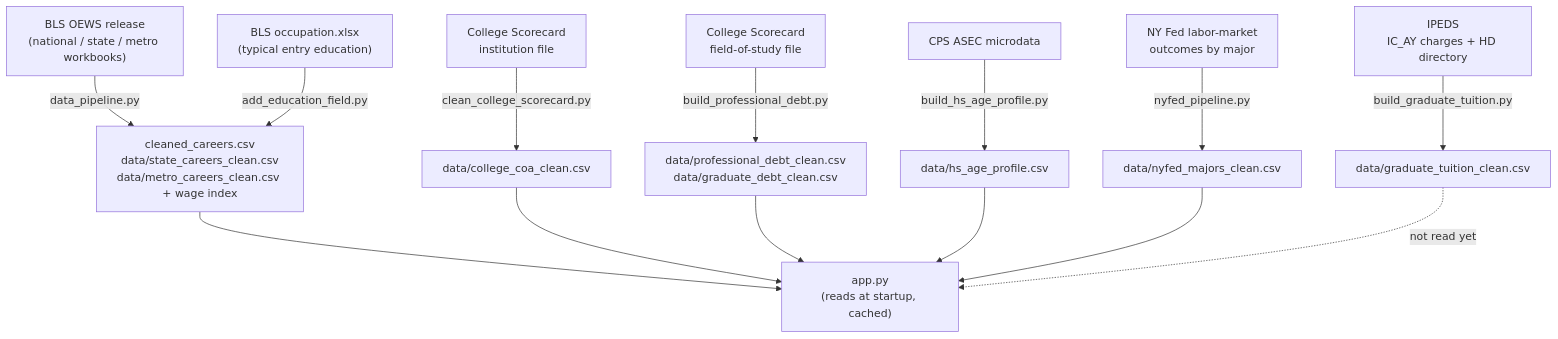
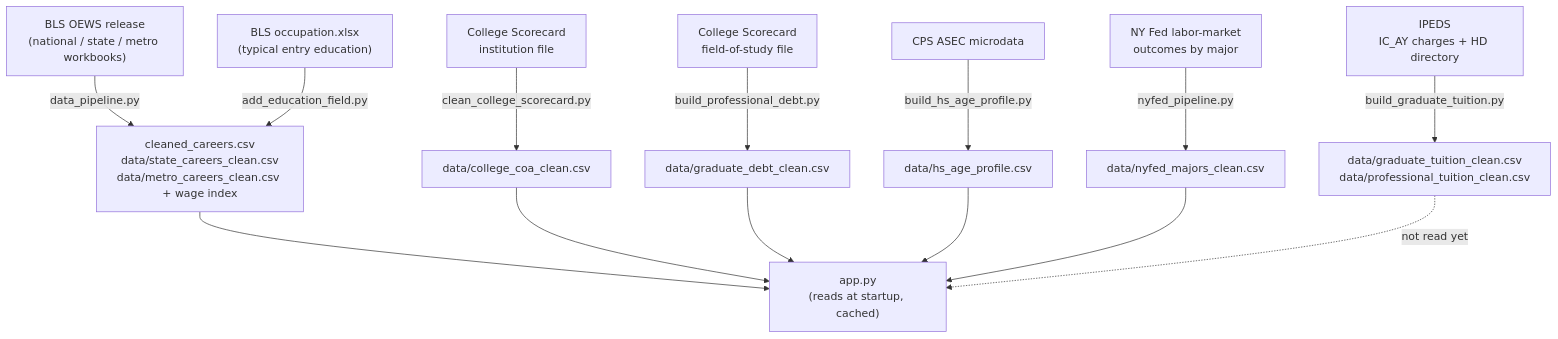
Before and after one commit to OneVVish/StudentLoanROI: the second of 3 diagrams in ARCHITECTURE.md, drawn with Mermaid. The commit also changed 6 other files, not shown here.

````diff
--- a/ARCHITECTURE.md
+++ b/ARCHITECTURE.md
@@ -120,13 +120,13 @@
 ```mermaid
 flowchart TD
     OEWS["BLS OEWS release<br/>(national / state / metro workbooks)"] -->|data_pipeline.py| C1["cleaned_careers.csv<br/>data/state_careers_clean.csv<br/>data/metro_careers_clean.csv + wage index"]
     ED["BLS occupation.xlsx<br/>(typical entry education)"] -->|add_education_field.py| C1
     SC["College Scorecard<br/>institution file"] -->|clean_college_scorecard.py| C2["data/college_coa_clean.csv"]
-    FOS["College Scorecard<br/>field-of-study file"] -->|build_professional_debt.py| C3["data/professional_debt_clean.csv<br/>data/graduate_debt_clean.csv"]
-    IPEDS["IPEDS<br/>IC_AY charges + HD directory"] -->|build_graduate_tuition.py| C6["data/graduate_tuition_clean.csv"]
+    FOS["College Scorecard<br/>field-of-study file"] -->|build_professional_debt.py| C3["data/graduate_debt_clean.csv"]
+    IPEDS["IPEDS<br/>IC_AY charges + HD directory"] -->|build_graduate_tuition.py| C6["data/graduate_tuition_clean.csv<br/>data/professional_tuition_clean.csv"]
     CPS["CPS ASEC microdata"] -->|build_hs_age_profile.py| C4["data/hs_age_profile.csv"]
     NYF["NY Fed labor-market<br/>outcomes by major"] -->|nyfed_pipeline.py| C5["data/nyfed_majors_clean.csv"]
 
     C1 & C2 & C3 & C4 & C5 --> APP["app.py<br/>(reads at startup, cached)"]
     C6 -.not read yet.-> APP
 ```
````
